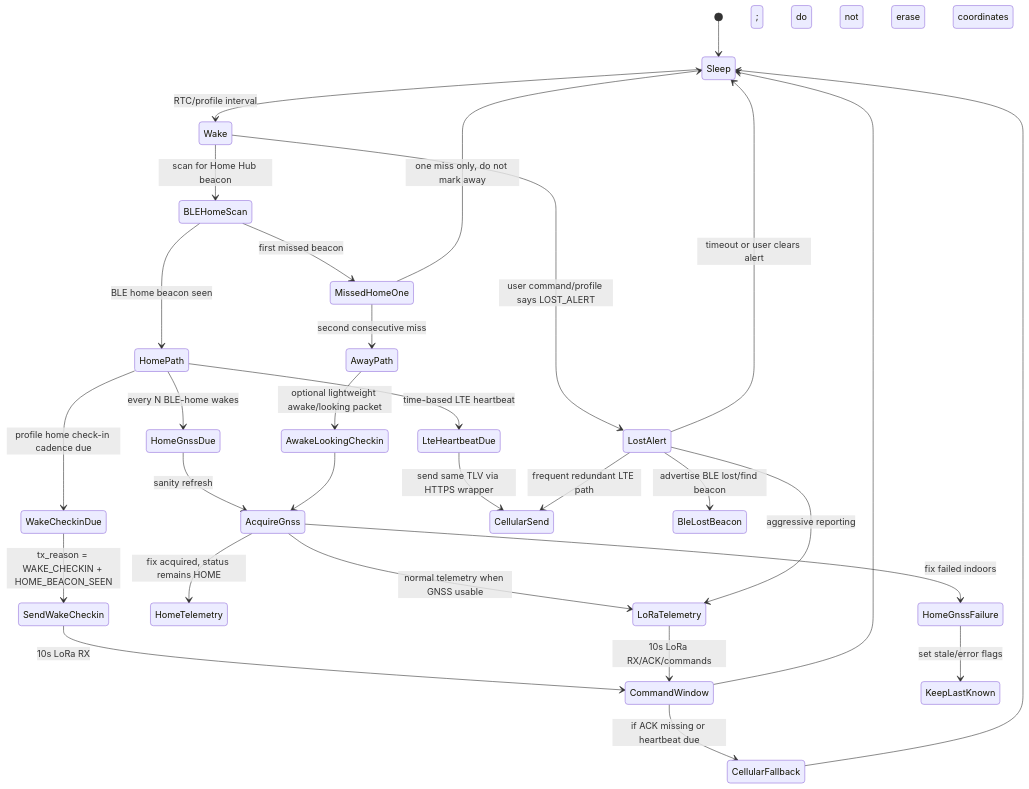
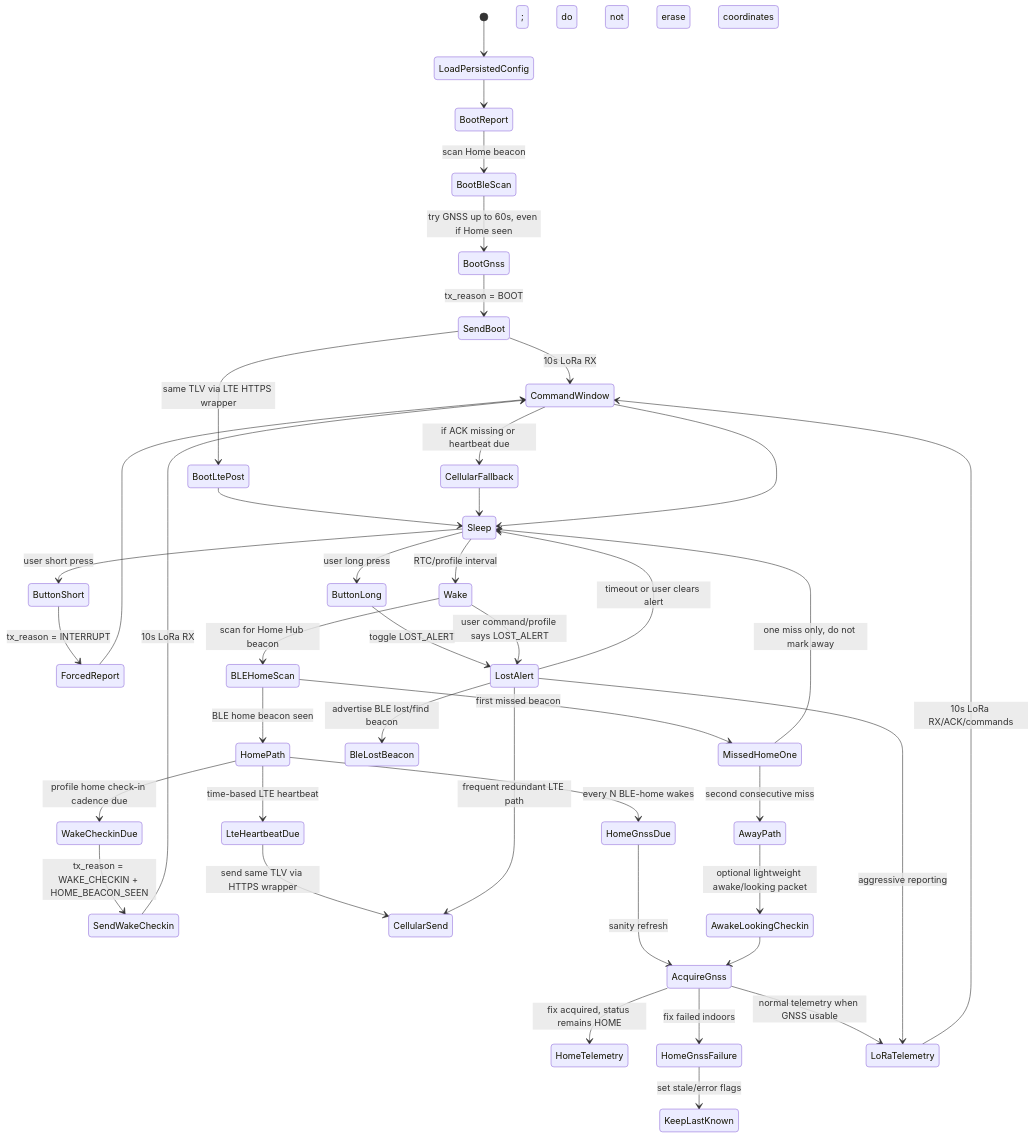
Before and after one commit to rees3901/BluepawsV4: the diagram in docs/COLLAR_RUNTIME_DECISIONS.md, drawn with Mermaid. The commit also changed other lines of this file and 6 other files, not shown here.

Commit message:
Align collar boot persistence and button flow

````diff
--- a/docs/COLLAR_RUNTIME_DECISIONS.md
+++ b/docs/COLLAR_RUNTIME_DECISIONS.md
@@ -70,38 +72,53 @@
 ```mermaid
 stateDiagram-v2
-  [*] --> Sleep
+  [*] --> LoadPersistedConfig
+  LoadPersistedConfig --> BootReport
+  BootReport --> BootBleScan: scan Home beacon
+  BootBleScan --> BootGnss: try GNSS up to 60s, even if Home seen
+  BootGnss --> SendBoot: tx_reason = BOOT
+  SendBoot --> CommandWindow: 10s LoRa RX
+  SendBoot --> BootLtePost: same TLV via LTE HTTPS wrapper
+  BootLtePost --> Sleep
+
+  Sleep --> ButtonShort: user short press
+  ButtonShort --> ForcedReport: tx_reason = INTERRUPT
+  ForcedReport --> CommandWindow
+
+  Sleep --> ButtonLong: user long press
+  ButtonLong --> LostAlert: toggle LOST_ALERT
+
   Sleep --> Wake: RTC/profile interval
   Wake --> BLEHomeScan: scan for Home Hub beacon
 
   BLEHomeScan --> HomePath: BLE home beacon seen
   BLEHomeScan --> MissedHomeOne: first missed beacon
   MissedHomeOne --> Sleep: one miss only, do not mark away
   MissedHomeOne --> AwayPath: second consecutive miss
 
   HomePath --> WakeCheckinDue: profile home check-in cadence due
   WakeCheckinDue --> SendWakeCheckin: tx_reason = WAKE_CHECKIN + HOME_BEACON_SEEN
   SendWakeCheckin --> CommandWindow: 10s LoRa RX
 
   HomePath --> HomeGnssDue: every N BLE-home wakes
   HomeGnssDue --> AcquireGnss: sanity refresh
   AcquireGnss --> HomeTelemetry: fix acquired, status remains HOME
   AcquireGnss --> HomeGnssFailure: fix failed indoors
   HomeGnssFailure --> KeepLastKnown: set stale/error flags; do not erase coordinates
 
   HomePath --> LteHeartbeatDue: time-based LTE heartbeat
   LteHeartbeatDue --> CellularSend: send same TLV via HTTPS wrapper
 
   AwayPath --> AwakeLookingCheckin: optional lightweight awake/looking packet
   AwakeLookingCheckin --> AcquireGnss
   AcquireGnss --> LoRaTelemetry: normal telemetry when GNSS usable
   LoRaTelemetry --> CommandWindow: 10s LoRa RX/ACK/commands
   CommandWindow --> CellularFallback: if ACK missing or heartbeat due
   CellularFallback --> Sleep
   CommandWindow --> Sleep
 
   Wake --> LostAlert: user command/profile says LOST_ALERT
   LostAlert --> BleLostBeacon: advertise BLE lost/find beacon
   LostAlert --> LoRaTelemetry: aggressive reporting
   LostAlert --> CellularSend: frequent redundant LTE path
   LostAlert --> Sleep: timeout or user clears alert
 ```
````
